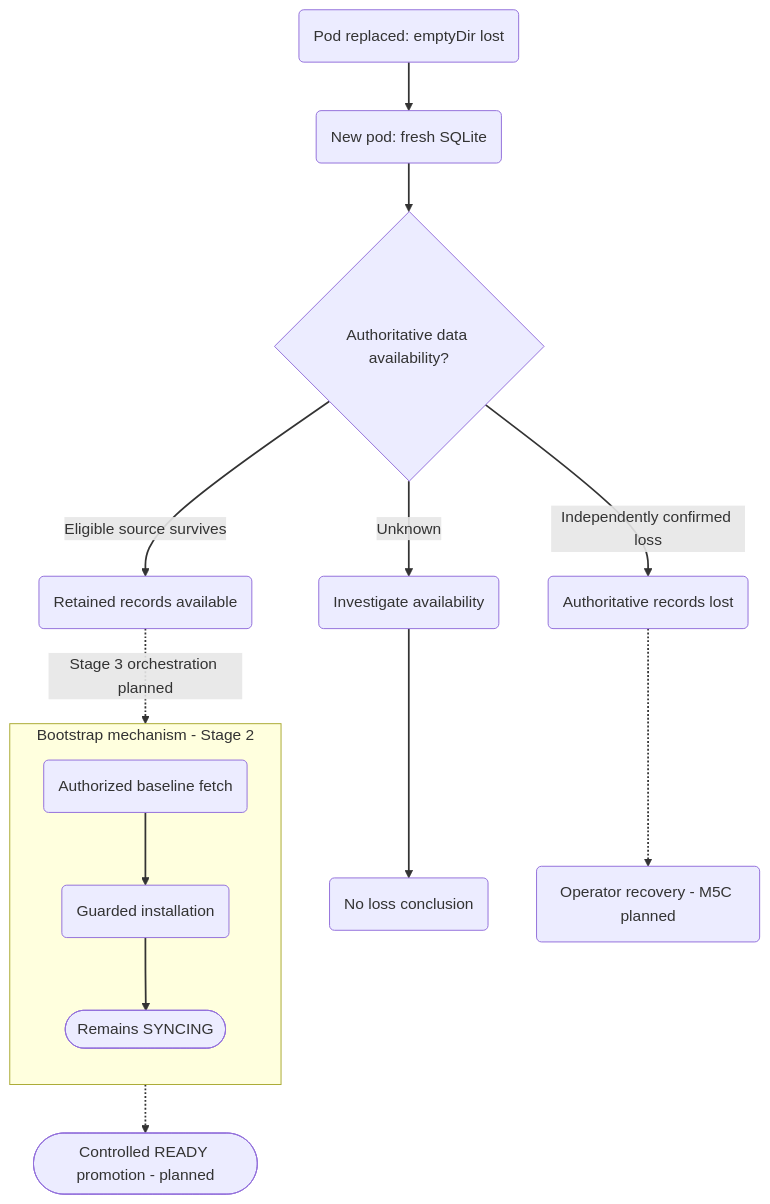
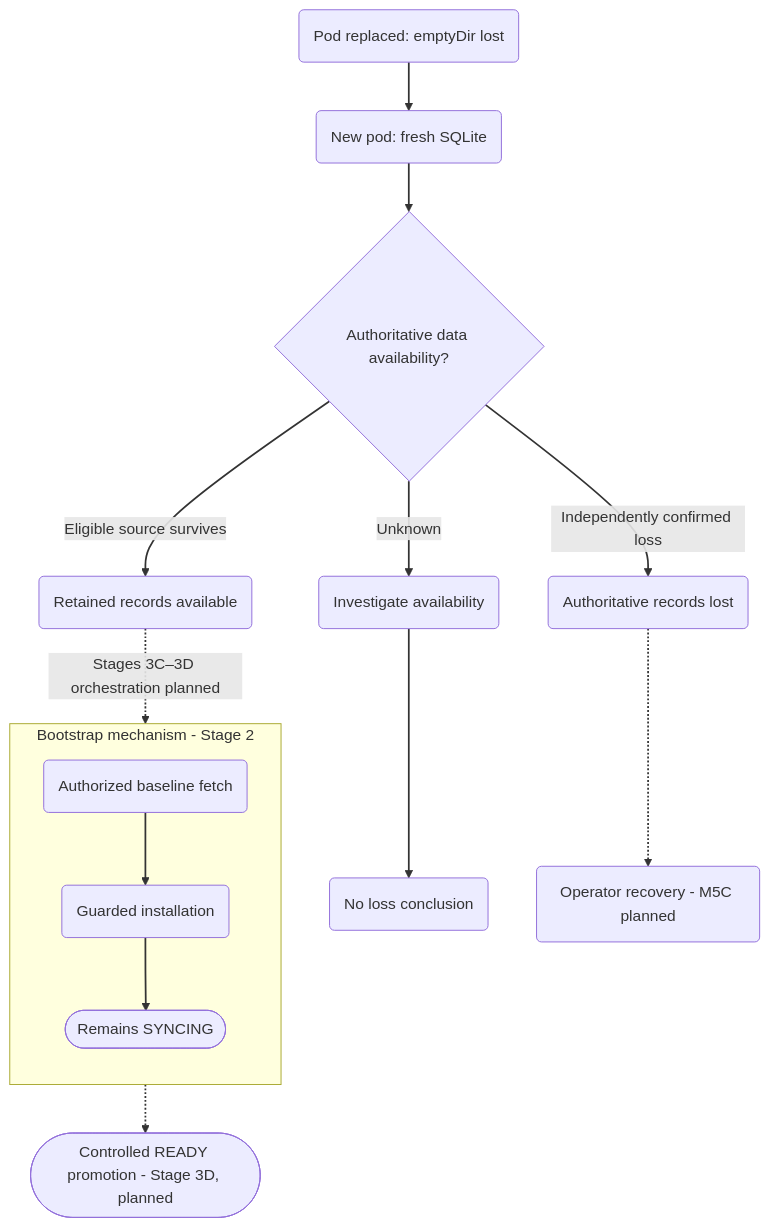
The diagram in docs/diagrams/concept-ephemeral-recovery.mmd (hirebrianm/gossipgrid), drawn with Mermaid before and after one commit. The commit also changed 34 other files, not shown here.

```diff
--- a/docs/diagrams/concept-ephemeral-recovery.mmd
+++ b/docs/diagrams/concept-ephemeral-recovery.mmd
@@ -1,33 +1,33 @@
 flowchart TB
   LOSS("Pod replaced: emptyDir lost")
   NEW("New pod: fresh SQLite")
   DATA{"Authoritative data availability?"}
 
   LOSS --> NEW --> DATA
 
   DATA -->|"Eligible source survives"| SURV("Retained records available")
   DATA -->|"Unknown"| UNKNOWN("Investigate availability")
   DATA -->|"Independently confirmed loss"| LOST("Authoritative records lost")
 
   subgraph BOOT["Bootstrap mechanism - Stage 2"]
     direction TB
     FETCH("Authorized baseline fetch")
     INSTALL("Guarded installation")
     SYNC(["Remains SYNCING"])
     FETCH --> INSTALL --> SYNC
   end
 
-  SURV -. "Stage 3 orchestration planned" .-> BOOT
-  BOOT -.-> READY(["Controlled READY promotion - planned"])
+  SURV -. "Stages 3C–3D orchestration planned" .-> BOOT
+  BOOT -.-> READY(["Controlled READY promotion - Stage 3D, planned"])
   UNKNOWN --> WAIT("No loss conclusion")
   LOST -.-> RECOVERY("Operator recovery - M5C planned")
 
   class LOSS,LOST lost
   class NEW new
   class DATA guard
   class SURV hasm1
   class FETCH,INSTALL bootstrap
   class SYNC state
   class UNKNOWN,WAIT missed
   class READY,RECOVERY planned
   linkStyle default stroke-width:1.8px
```
